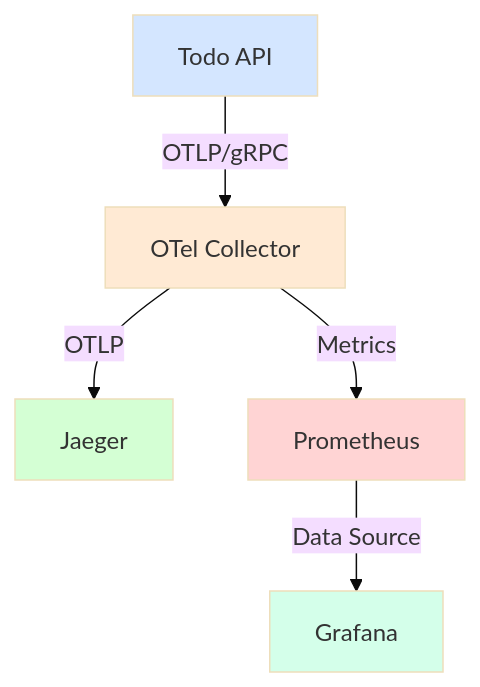
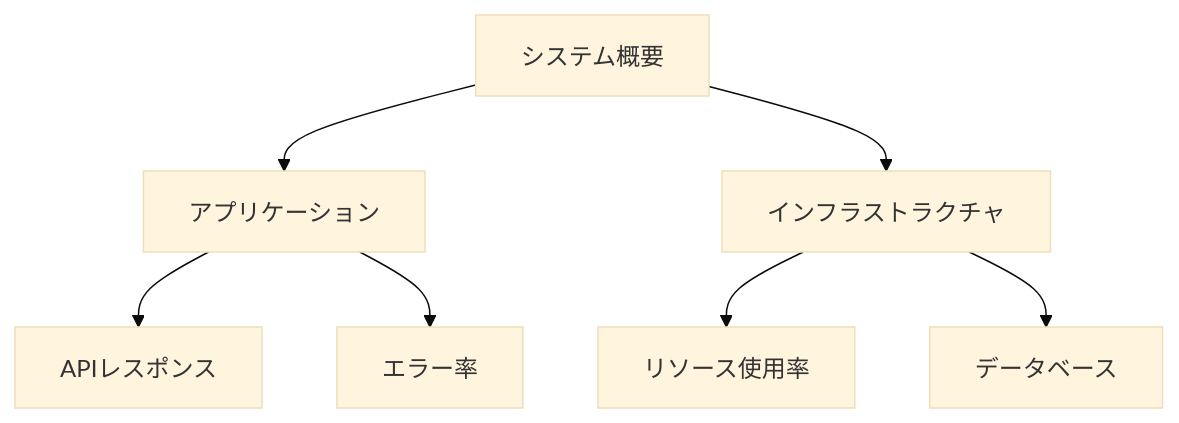
Before and after one commit to shibryo/otel-dotnet6-todo: the second of 2 diagrams in docs/chapters/03_observability/01_observability_setup.md, drawn with Mermaid (base theme). The commit also changed other lines of this file and 5 other files, not shown here.

````diff
--- a/docs/chapters/03_observability/01_observability_setup.md
+++ b/docs/chapters/03_observability/01_observability_setup.md
@@ -11,12 +204,9 @@
 ```mermaid
-graph TD
-    A[Todo API] -->|OTLP/gRPC| B[OTel Collector]
-    B -->|OTLP| C[Jaeger]
-    B -->|Metrics| D[Prometheus]
-    D -->|Data Source| E[Grafana]
-    style A fill:#d4e6ff
-    style B fill:#ffead4
-    style C fill:#d4ffd4
-    style D fill:#ffd4d4
-    style E fill:#d4ffea
+graph TB
+    A[システム概要] --> B[アプリケーション]
+    A --> C[インフラストラクチャ]
+    B --> D[APIレスポンス]
+    B --> E[エラー率]
+    C --> F[リソース使用率]
+    C --> G[データベース]
 ```
````
